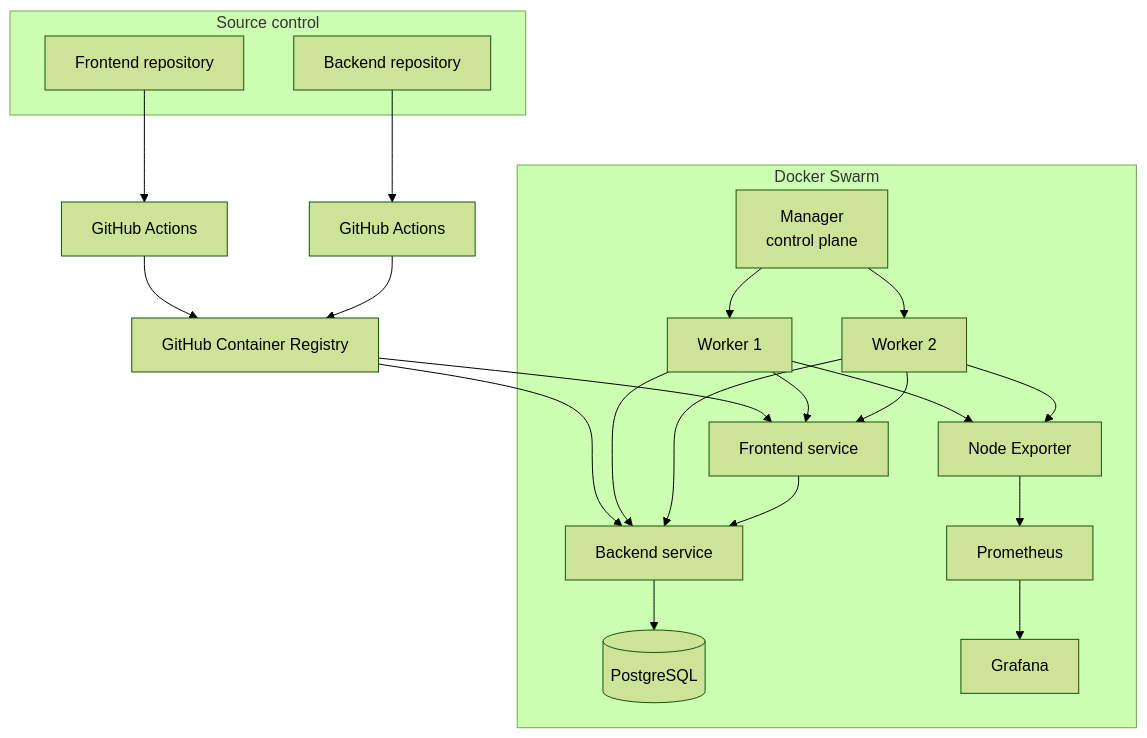
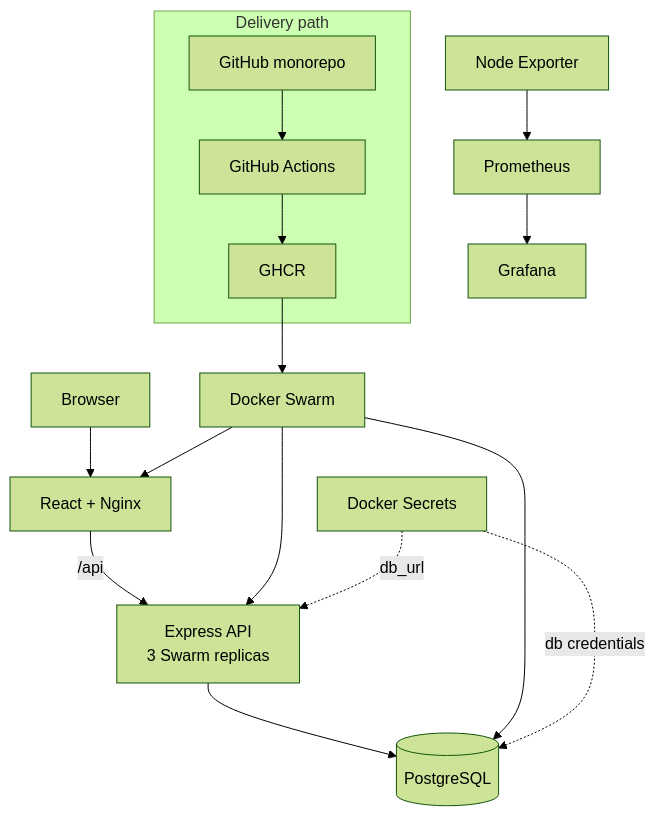
One commit to syifaniads/knowhub-devops-platform changed the diagram in ARCHITECTURE.md. Above: the diagram before and after it, drawn with Mermaid (forest theme). The commit also changed other lines of this file and 8 other files, not shown here.

Commit message:
docs: align architecture and operations with canonical monorepo

````diff
--- a/ARCHITECTURE.md
+++ b/ARCHITECTURE.md
@@ -9,39 +17,20 @@
 ```mermaid
 flowchart TB
-  subgraph SCM[Source control]
-    FERepo[Frontend repository]
-    BERepo[Backend repository]
+  U[Browser] --> FE[React + Nginx]
+  FE -->|/api| API[Express API\n3 Swarm replicas]
+  API --> DB[(PostgreSQL)]
+
+  subgraph DELIVERY[Delivery path]
+    GH[GitHub monorepo] --> CI[GitHub Actions]
+    CI --> GHCR[GHCR]
   end
 
-  FERepo --> FECI[GitHub Actions]
-  BERepo --> BECI[GitHub Actions]
-  FECI --> GHCR[GitHub Container Registry]
-  BECI --> GHCR
+  GHCR --> SW[Docker Swarm]
+  SW --> FE
+  SW --> API
+  SW --> DB
 
-  subgraph Swarm[Docker Swarm]
-    M[Manager\ncontrol plane]
-    W1[Worker 1]
-    W2[Worker 2]
-    M --> W1
-    M --> W2
-
-    FE[Frontend service]
-    API[Backend service]
-    DB[(PostgreSQL)]
-    NODE[Node Exporter]
-    PROM[Prometheus]
-    GRAF[Grafana]
-  end
-
-  GHCR --> FE
-  GHCR --> API
-  W1 --> FE
-  W1 --> API
-  W1 --> NODE
-  W2 --> FE
-  W2 --> API
-  W2 --> NODE
-  FE --> API
-  API --> DB
-  NODE --> PROM --> GRAF
+  NE[Node Exporter] --> PROM[Prometheus] --> GRAF[Grafana]
+  SEC[Docker Secrets] -. db_url .-> API
+  SEC -. db credentials .-> DB
 ```
````
